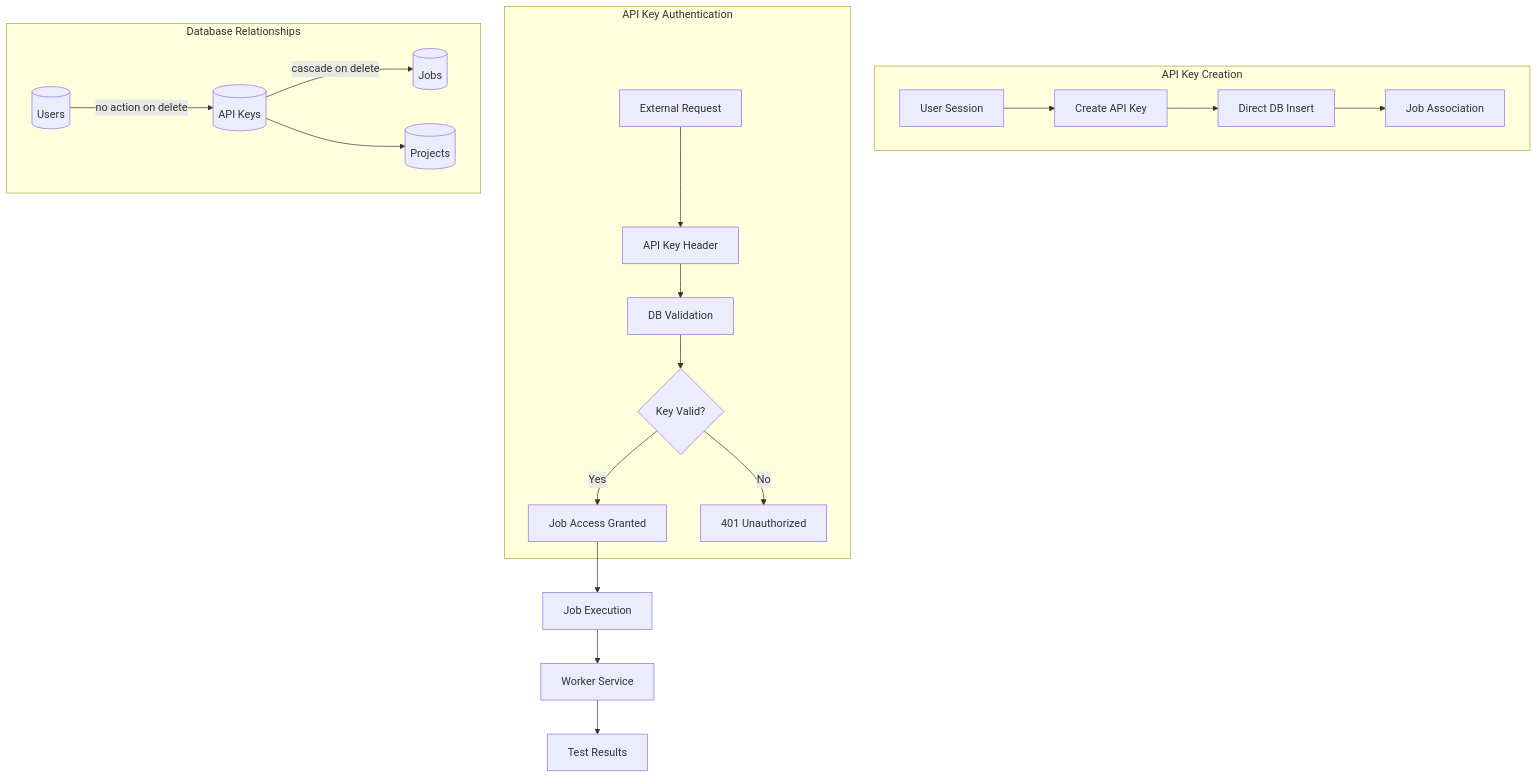
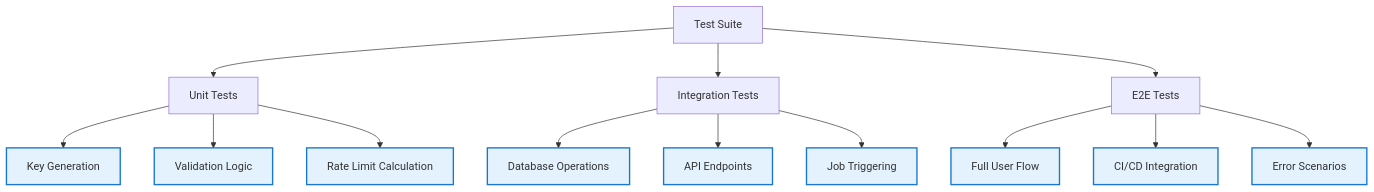
One commit to supercheck-io/supercheck changed the seventh of 7 diagrams in specs/API_KEY_SYSTEM.md. Above: the diagram before and after it, drawn with Mermaid. The commit also changed other lines of this file and 2 other files, not shown here.

First line of the commit message:
docs(specs): update API_KEY_SYSTEM, AUTHENTICATION, and add OBSERVABILITY specs

````diff
--- a/specs/API_KEY_SYSTEM.md
+++ b/specs/API_KEY_SYSTEM.md
@@ -18,26 +475,22 @@
 ```mermaid
 graph TB
-    subgraph "API Key Creation"
-        A1[User Session] --> A2[Create API Key]
-        A2 --> A3[Direct DB Insert]
-        A3 --> A4[Job Association]
-    end
-    
-    subgraph "API Key Authentication"
-        B1[External Request] --> B2[API Key Header]
-        B2 --> B3[DB Validation]
-        B3 --> B4{Key Valid?}
-        B4 -->|Yes| B5[Job Access Granted]
-        B4 -->|No| B6[401 Unauthorized]
-    end
-    
-    subgraph "Database Relationships"
-        C1[(Users)] -->|no action on delete| C2[(API Keys)]
-        C2 -->|cascade on delete| C3[(Jobs)]
-        C2 --> C4[(Projects)]
-    end
-    
-    B5 --> D1[Job Execution]
-    D1 --> E1[Worker Service]
-    E1 --> F1[Test Results]
+    A[Test Suite] --> B[Unit Tests]
+    A --> C[Integration Tests]
+    A --> D[E2E Tests]
+
+    B --> B1[Key Generation]
+    B --> B2[Validation Logic]
+    B --> B3[Rate Limit Calculation]
+
+    C --> C1[Database Operations]
+    C --> C2[API Endpoints]
+    C --> C3[Job Triggering]
+
+    D --> D1[Full User Flow]
+    D --> D2[CI/CD Integration]
+    D --> D3[Error Scenarios]
+
+    classDef test fill:#e3f2fd,stroke:#1976d2,stroke-width:2px
+
+    class B1,B2,B3,C1,C2,C3,D1,D2,D3 test
 ```
````
